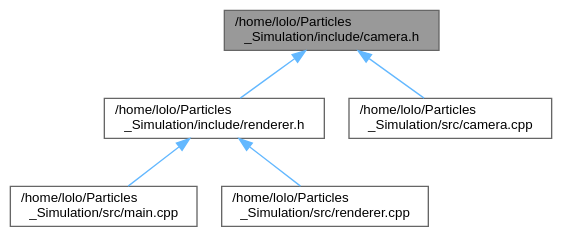
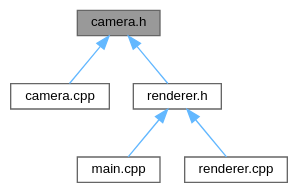
One commit to Kojittsu/Particles_Simulation changed the diagram in docs/camera_8h__dep__incl.dot. Above: the diagram before and after it, drawn with Graphviz. The commit also changed 89 other files, not shown here.

```diff
--- a/docs/camera_8h__dep__incl.dot
+++ b/docs/camera_8h__dep__incl.dot
@@ -1,16 +1,16 @@
-digraph "/home/lolo/Particles_Simulation/include/camera.h"
+digraph "camera.h"
 {
  // LATEX_PDF_SIZE
   bgcolor="transparent";
   edge [fontname=Helvetica,fontsize=10,labelfontname=Helvetica,labelfontsize=10];
   node [fontname=Helvetica,fontsize=10,shape=box,height=0.2,width=0.4];
-  Node1 [id="Node000001",label="/home/lolo/Particles\l_Simulation/include/camera.h",height=0.2,width=0.4,color="gray40", fillcolor="grey60", style="filled", fontcolor="black",tooltip=" "];
+  Node1 [id="Node000001",label="camera.h",height=0.2,width=0.4,color="gray40", fillcolor="grey60", style="filled", fontcolor="black",tooltip=" "];
   Node1 -> Node2 [id="edge1_Node000001_Node000002",dir="back",color="steelblue1",style="solid",tooltip=" "];
-  Node2 [id="Node000002",label="/home/lolo/Particles\l_Simulation/include/renderer.h",height=0.2,width=0.4,color="grey40", fillcolor="white", style="filled",URL="$renderer_8h.html",tooltip=" "];
-  Node2 -> Node3 [id="edge2_Node000002_Node000003",dir="back",color="steelblue1",style="solid",tooltip=" "];
-  Node3 [id="Node000003",label="/home/lolo/Particles\l_Simulation/src/main.cpp",height=0.2,width=0.4,color="grey40", fillcolor="white", style="filled",URL="$main_8cpp.html",tooltip=" "];
-  Node2 -> Node4 [id="edge3_Node000002_Node000004",dir="back",color="steelblue1",style="solid",tooltip=" "];
-  Node4 [id="Node000004",label="/home/lolo/Particles\l_Simulation/src/renderer.cpp",height=0.2,width=0.4,color="grey40", fillcolor="white", style="filled",URL="$renderer_8cpp.html",tooltip=" "];
-  Node1 -> Node5 [id="edge4_Node000001_Node000005",dir="back",color="steelblue1",style="solid",tooltip=" "];
-  Node5 [id="Node000005",label="/home/lolo/Particles\l_Simulation/src/camera.cpp",height=0.2,width=0.4,color="grey40", fillcolor="white", style="filled",URL="$camera_8cpp.html",tooltip=" "];
+  Node2 [id="Node000002",label="camera.cpp",height=0.2,width=0.4,color="grey40", fillcolor="white", style="filled",URL="$camera_8cpp.html",tooltip=" "];
+  Node1 -> Node3 [id="edge2_Node000001_Node000003",dir="back",color="steelblue1",style="solid",tooltip=" "];
+  Node3 [id="Node000003",label="renderer.h",height=0.2,width=0.4,color="grey40", fillcolor="white", style="filled",URL="$renderer_8h.html",tooltip=" "];
+  Node3 -> Node4 [id="edge3_Node000003_Node000004",dir="back",color="steelblue1",style="solid",tooltip=" "];
+  Node4 [id="Node000004",label="main.cpp",height=0.2,width=0.4,color="grey40", fillcolor="white", style="filled",URL="$main_8cpp.html",tooltip=" "];
+  Node3 -> Node5 [id="edge4_Node000003_Node000005",dir="back",color="steelblue1",style="solid",tooltip=" "];
+  Node5 [id="Node000005",label="renderer.cpp",height=0.2,width=0.4,color="grey40", fillcolor="white", style="filled",URL="$renderer_8cpp.html",tooltip=" "];
 }
```
